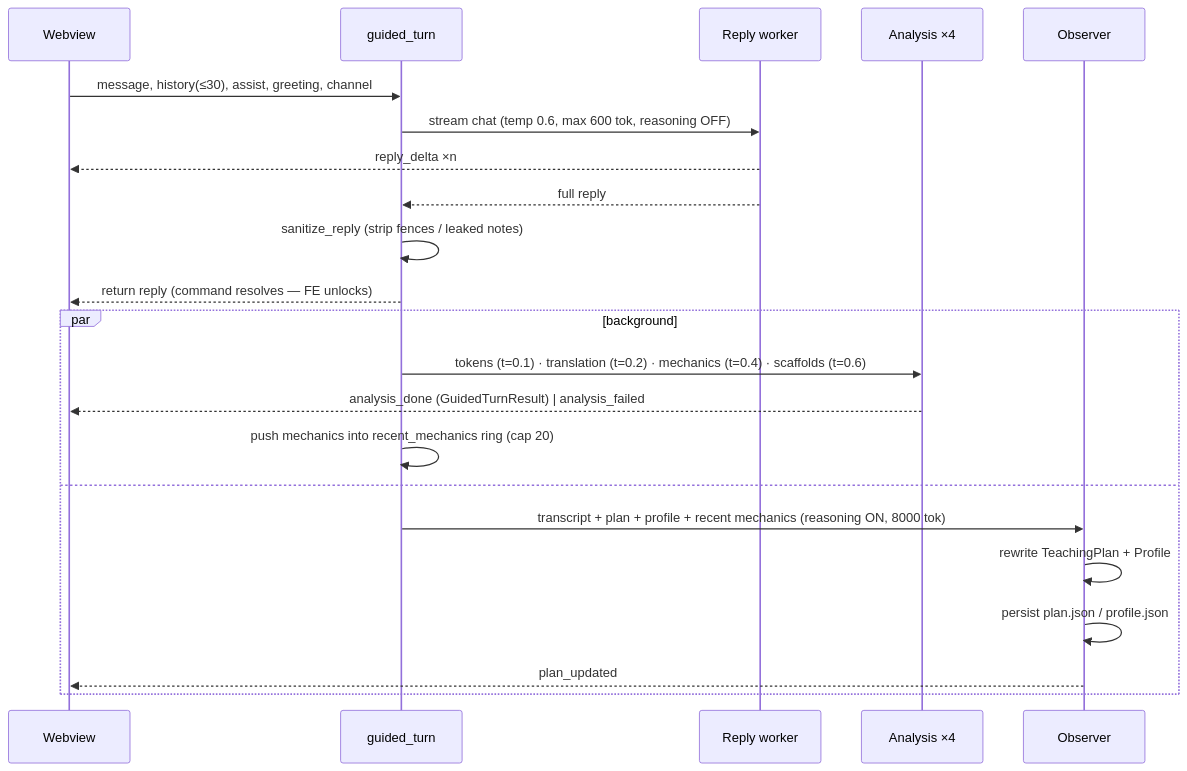
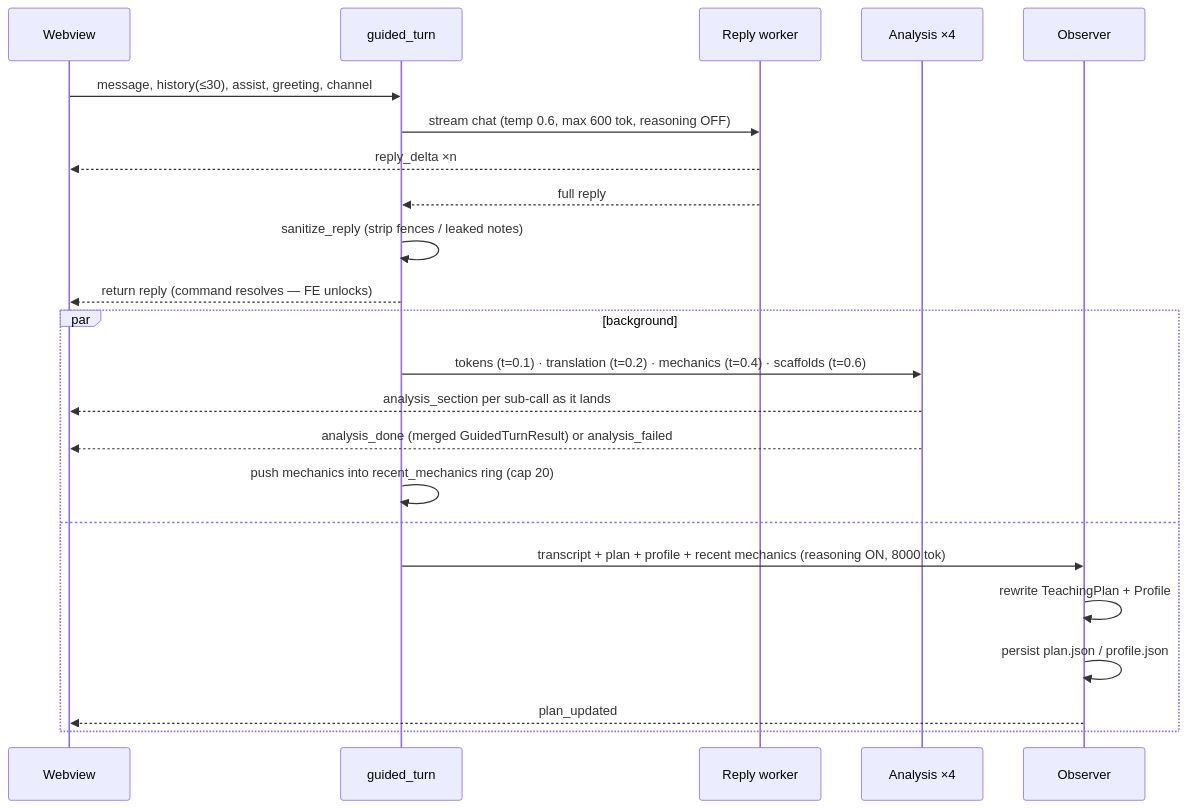
One commit to jonmatthis/glossa changed the second of 2 diagrams in glossa-docs/docs/architecture.md. Above: the diagram before and after it, drawn with Mermaid. The commit also changed other lines of this file and 67 other files, not shown here.

````diff
--- a/glossa-docs/docs/architecture.md
+++ b/glossa-docs/docs/architecture.md
@@ -95,25 +96,26 @@
 ```mermaid
 sequenceDiagram
     participant FE as Webview
     participant C as guided_turn
     participant R as Reply worker
     participant A as Analysis ×4
     participant O as Observer
 
     FE->>C: message, history(≤30), assist, greeting, channel
     C->>R: stream chat (temp 0.6, max 600 tok, reasoning OFF)
     R-->>FE: reply_delta ×n
     R-->>C: full reply
     C->>C: sanitize_reply (strip fences / leaked notes)
     C-->>FE: return reply (command resolves — FE unlocks)
     par background
         C->>A: tokens (t=0.1) · translation (t=0.2) · mechanics (t=0.4) · scaffolds (t=0.6)
-        A-->>FE: analysis_done (GuidedTurnResult) | analysis_failed
+        A-->>FE: analysis_section per sub-call as it lands
+        A-->>FE: analysis_done (merged GuidedTurnResult) or analysis_failed
         C->>C: push mechanics into recent_mechanics ring (cap 20)
     and
         C->>O: transcript + plan + profile + recent mechanics (reasoning ON, 8000 tok)
         O->>O: rewrite TeachingPlan + Profile
         O->>O: persist plan.json / profile.json
         O-->>FE: plan_updated
     end
 ```
````
